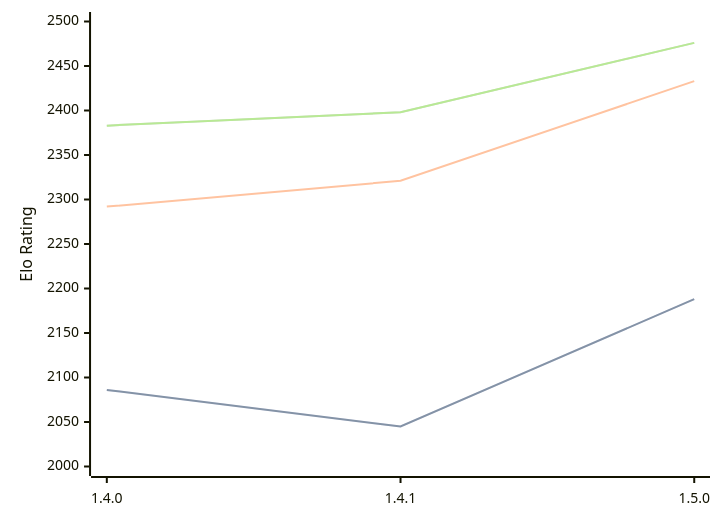
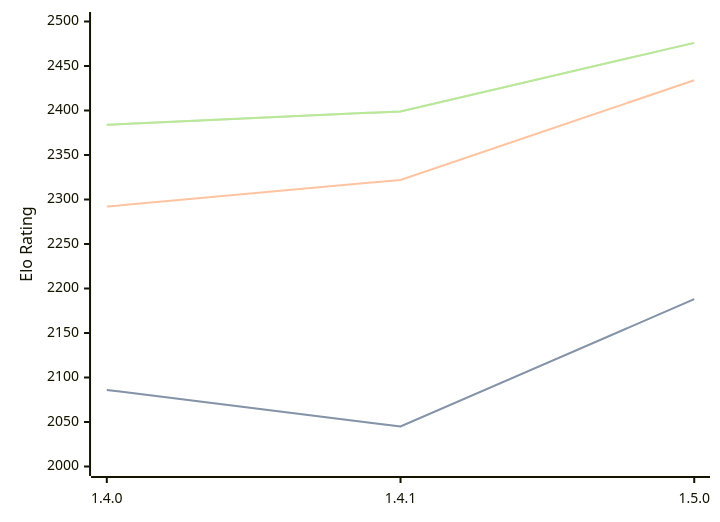
One commit to computer-chess-index/cci changed the diagram in engines/Tofiks.md. Above: the diagram before and after it, drawn with Mermaid. The commit also changed other lines of this file, not shown here.

Commit message:
Update CCI Ratings (ELO VLTC) - 2026-09-06

````diff
--- a/engines/Tofiks.md
+++ b/engines/Tofiks.md
@@ -33,11 +33,11 @@
 ```mermaid
 %%{init: {"theme":"base","themeVariables":{"seriesColors:['#a3a3a3','#222221','#faa371']}}}%%
 xychart-beta
   x-axis ["1.4.0", "1.4.1", "1.5.0"]
   y-axis "Elo Rating" 2000 --> 2500
   line "" [2086, 2045, 2188]
   line "STC (8.0+0.08s)" [2086, 2045, 2188]
-  line "LTC (60.0+0.60s)" [2292, 2321, 2433]
-  line "" [2383, 2398, 2476]
-  line "VLTC (2m24s+1.12s)" [2383, 2398, 2476]
+  line "LTC (60.0+0.60s)" [2292, 2322, 2434]
+  line "" [2384, 2399, 2476]
+  line "VLTC (2m24s+1.12s)" [2384, 2399, 2476]
 ```
````
